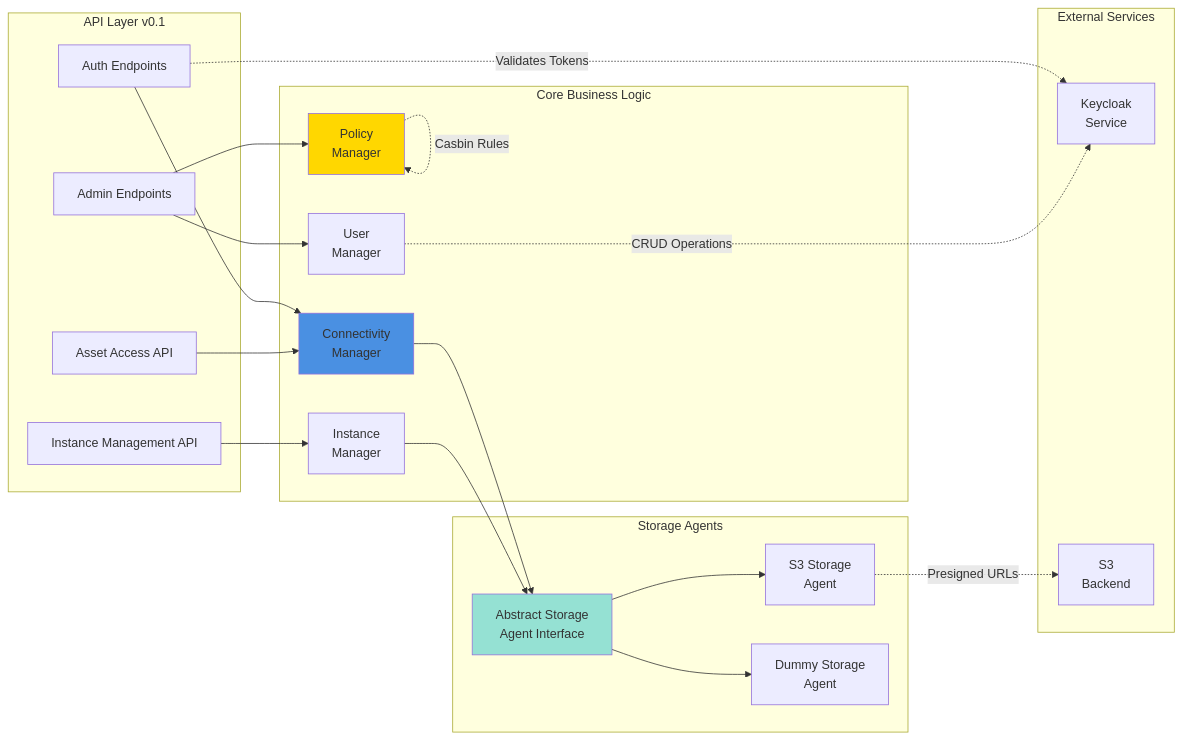
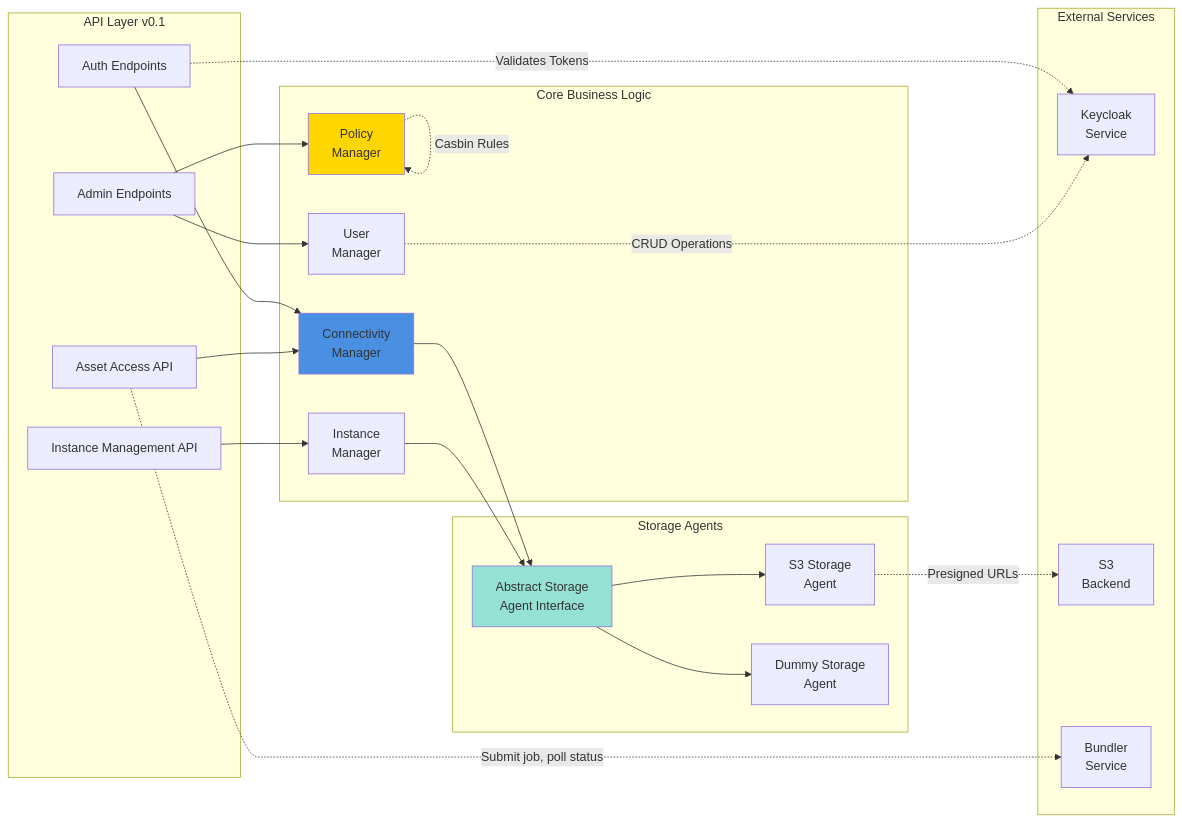
The second of 4 diagrams in docs/diagrams/component-architecture.md (pmahon3/Data-Portal), drawn with Mermaid before and after one commit. The commit also changed other lines of this file, not shown here.

````diff
--- a/docs/diagrams/component-architecture.md
+++ b/docs/diagrams/component-architecture.md
@@ -63,47 +71,49 @@
 ```mermaid
 graph LR
     subgraph "API Layer v0.1"
         AuthAPI[Auth Endpoints]
         AssetAPI[Asset Access API]
         AdminAPI[Admin Endpoints]
         InstanceAPI[Instance Management API]
     end
 
     subgraph "Core Business Logic"
         ConnMgr[Connectivity<br/>Manager]
         PolicyMgr[Policy<br/>Manager]
         InstanceMgr[Instance<br/>Manager]
         UserMgr[User<br/>Manager]
     end
 
     subgraph "Storage Agents"
         S3Agent[S3 Storage<br/>Agent]
         DummyAgent[Dummy Storage<br/>Agent]
         AbstractAgent[Abstract Storage<br/>Agent Interface]
     end
 
     subgraph "External Services"
         KeycloakSvc[Keycloak<br/>Service]
         S3Backend[S3<br/>Backend]
+        BundlerSvc[Bundler<br/>Service]
     end
 
     AuthAPI --> ConnMgr
     AssetAPI --> ConnMgr
     AdminAPI --> PolicyMgr
     AdminAPI --> UserMgr
     InstanceAPI --> InstanceMgr
 
     ConnMgr --> AbstractAgent
     InstanceMgr --> AbstractAgent
     AbstractAgent --> S3Agent
     AbstractAgent --> DummyAgent
 
     AuthAPI -.->|Validates Tokens| KeycloakSvc
     PolicyMgr -.->|Casbin Rules| PolicyMgr
     UserMgr -.->|CRUD Operations| KeycloakSvc
     S3Agent -.->|Presigned URLs| S3Backend
+    AssetAPI -.->|Submit job, poll status| BundlerSvc
 
     style ConnMgr fill:#4A90E2
     style PolicyMgr fill:#FFD700
     style AbstractAgent fill:#95E1D3
 ```
````
